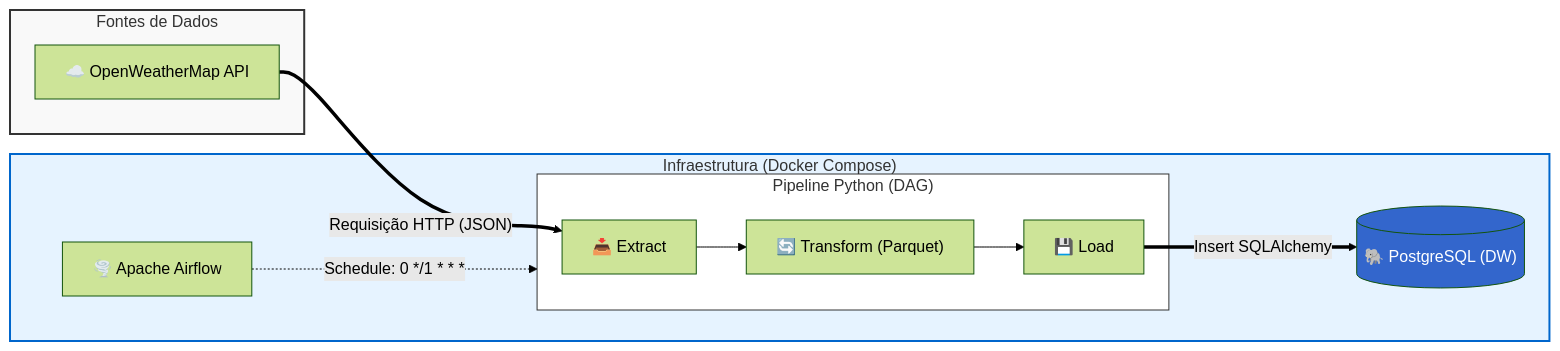
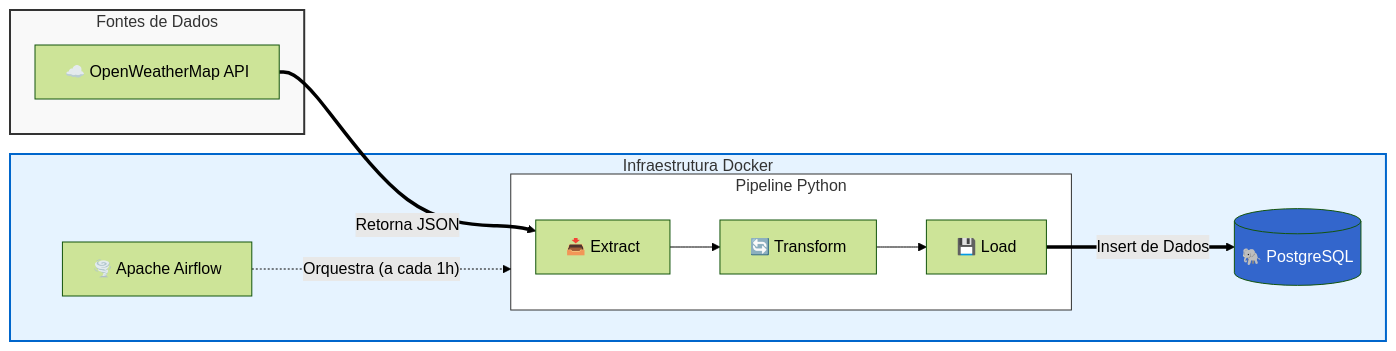
Before and after one commit to SidneyAnjos/Pipeline_etl_weather_data: the diagram in README.md, drawn with Mermaid (forest theme). The commit also changed other lines of this file, not shown here.

````diff
--- a/README.md
+++ b/README.md
@@ -16,27 +34,27 @@
 ```mermaid
 graph LR
     subgraph Fontes["Fontes de Dados"]
         API["☁️ OpenWeatherMap API"]
     end
 
-    subgraph Infra["Infraestrutura (Docker Compose)"]
+    subgraph Infra["Infraestrutura Docker"]
         AF["🌪️ Apache Airflow"]
         
-        subgraph ETL["Pipeline Python (DAG)"]
-            EXT["📥 Extract"] --> TRF["🔄 Transform (Parquet)"]
+        subgraph ETL["Pipeline Python"]
+            EXT["📥 Extract"] --> TRF["🔄 Transform"]
             TRF --> LD["💾 Load"]
         end
         
-        DB[("🐘 PostgreSQL (DW)")]
+        DB[("🐘 PostgreSQL")]
         
-        AF -.->|"Schedule: 0 */1 * * *"| ETL
+        AF -.->|"Orquestra (a cada 1h)"| ETL
     end
 
-    API ==>|"Requisição HTTP (JSON)"| EXT
-    LD ==>|"Insert SQLAlchemy"| DB
+    API ==>|"Retorna JSON"| EXT
+    LD ==>|"Insert de Dados"| DB
 
     style Fontes fill:#f9f9f9,stroke:#333,stroke-width:2px
     style Infra fill:#e6f3ff,stroke:#0066cc,stroke-width:2px
     style ETL fill:#ffffff,stroke:#333,stroke-width:1px
     style DB fill:#3366cc,color:#fff
 ```
````
